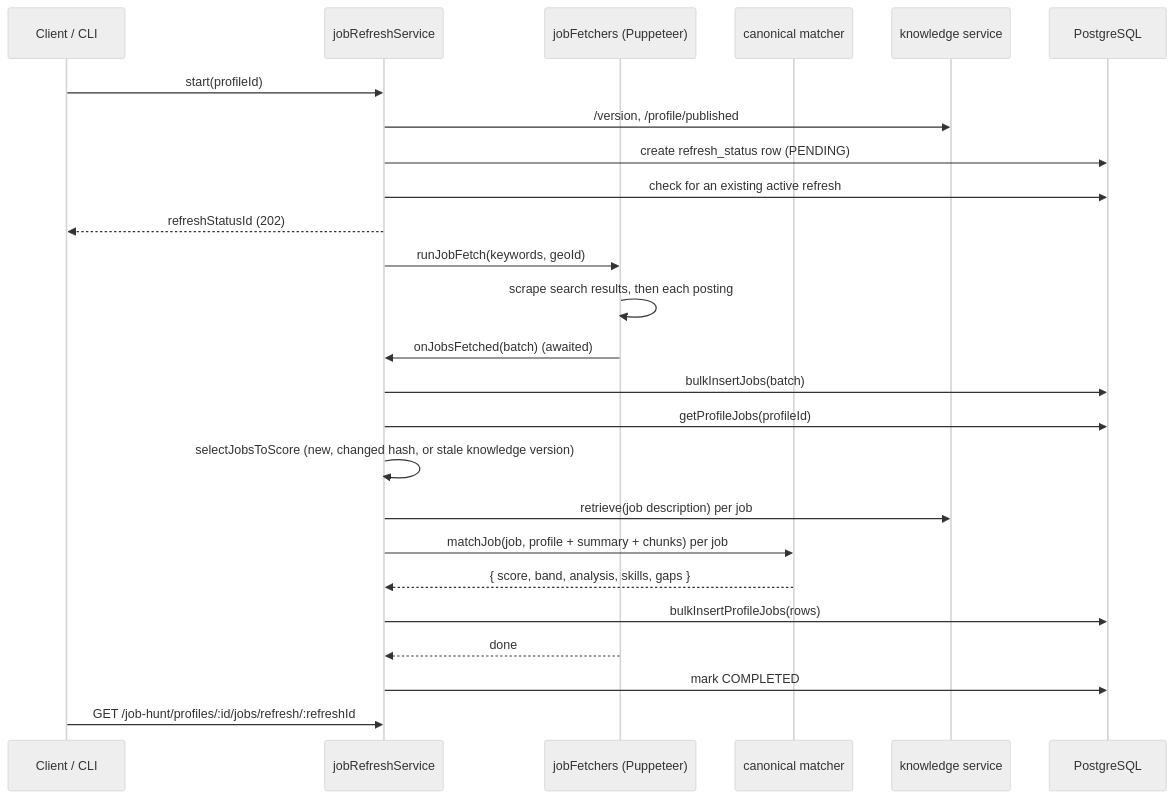
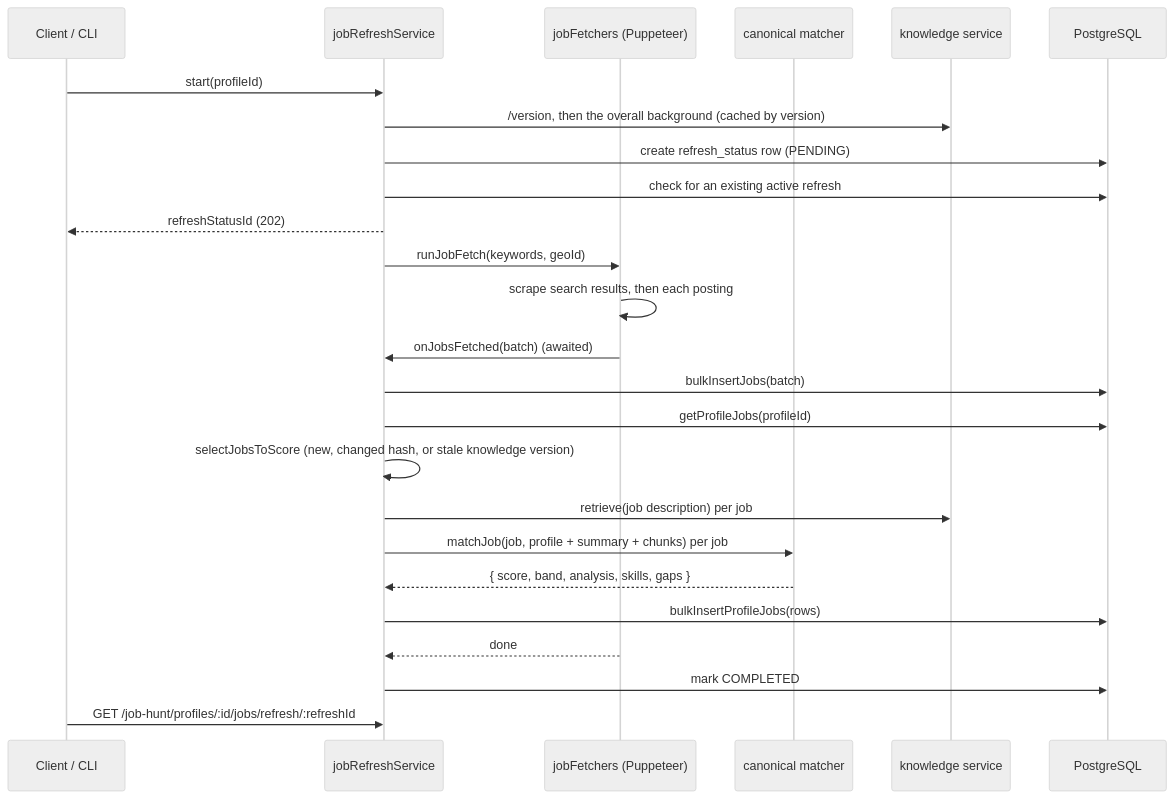
One commit to raymanguino/six7swe changed the second of 2 diagrams in docs/architecture.md. Above: the diagram before and after it, drawn with Mermaid (neutral theme). The commit also changed other lines of this file and 28 other files, not shown here.

````diff
--- a/docs/architecture.md
+++ b/docs/architecture.md
@@ -250,28 +266,28 @@
 ```mermaid
 sequenceDiagram
   participant C as Client / CLI
   participant S as jobRefreshService
   participant F as jobFetchers (Puppeteer)
   participant M as canonical matcher
   participant K as knowledge service
   participant D as PostgreSQL
 
   C->>S: start(profileId)
-  S->>K: /version, /profile/published
+  S->>K: /version, then the overall background (cached by version)
   S->>D: create refresh_status row (PENDING)
   S->>D: check for an existing active refresh
   S-->>C: refreshStatusId (202)
   S->>F: runJobFetch(keywords, geoId)
   F->>F: scrape search results, then each posting
   F->>S: onJobsFetched(batch)  (awaited)
   S->>D: bulkInsertJobs(batch)
   S->>D: getProfileJobs(profileId)
   S->>S: selectJobsToScore (new, changed hash, or stale knowledge version)
   S->>K: retrieve(job description) per job
   S->>M: matchJob(job, profile + summary + chunks) per job
   M-->>S: { score, band, analysis, skills, gaps }
   S->>D: bulkInsertProfileJobs(rows)
   F-->>S: done
   S->>D: mark COMPLETED
   C->>S: GET /job-hunt/profiles/:id/jobs/refresh/:refreshId
 ```
````
